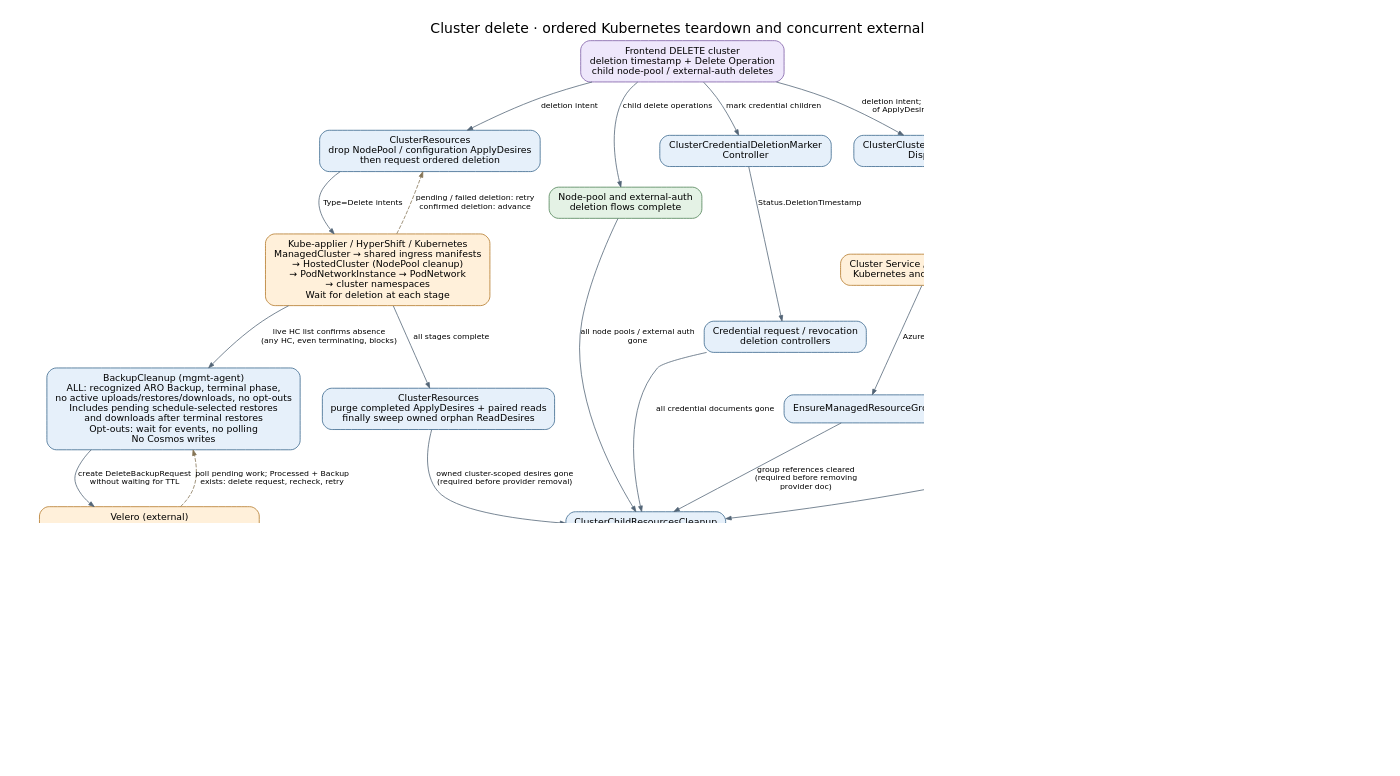
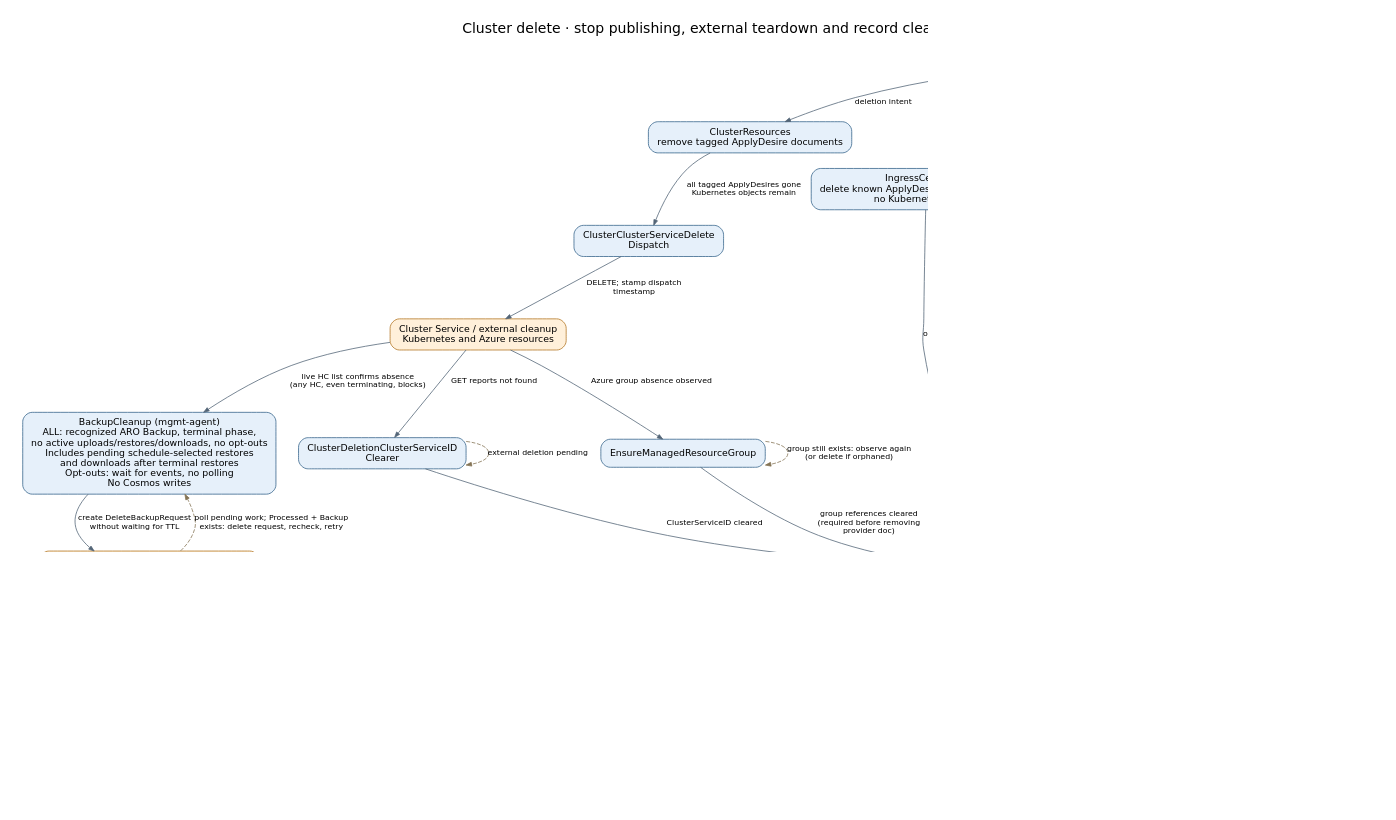
Before and after one commit to Azure/ARO-HCP: the diagram in docs/diagrams/controller-flows/cluster-delete.dot, drawn with Graphviz. The commit also changed 32 other files, not shown here.

Commit message:
feat(backend): reconcile ingress certificates and gate cluster lifecycle

```diff
--- a/docs/diagrams/controller-flows/cluster-delete.dot
+++ b/docs/diagrams/controller-flows/cluster-delete.dot
@@ -1,48 +1,49 @@
 digraph cluster_delete {
-  graph [rankdir=TB, bgcolor="white", pad="0.3", nodesep="0.4", ranksep="0.55", fontname="DejaVu Sans", fontsize=18, labelloc=t, label="Cluster delete · ordered Kubernetes teardown and concurrent external cleanup", dpi=110];
+  graph [rankdir=TB, bgcolor="white", pad="0.3", nodesep="0.4", ranksep="0.55", fontname="DejaVu Sans", fontsize=18, labelloc=t, label="Cluster delete · stop publishing, external teardown and record cleanup", dpi=110];
   node [shape=box, style="rounded,filled", fillcolor="#e6f0fa", color="#35648a", fontname="DejaVu Sans", fontsize=12, margin="0.16,0.10"];
   edge [color="#536577", fontname="DejaVu Sans", fontsize=10, arrowsize=0.7];
   delete [label="Frontend DELETE cluster\ndeletion timestamp + Delete Operation\nchild node-pool / external-auth deletes", fillcolor="#eee7fb", color="#7b59a4"];
-  resources [label="ClusterResources\ndrop NodePool / configuration ApplyDesires\nthen request ordered deletion", fillcolor="#e6f0fa", color="#35648a"];
-  ordered [label="Kube-applier / HyperShift / Kubernetes\nManagedCluster → shared ingress manifests\n→ HostedCluster (NodePool cleanup)\n→ PodNetworkInstance → PodNetwork\n→ cluster namespaces\nWait for deletion at each stage", fillcolor="#fff0da", color="#b27624"];
-  drained [label="ClusterResources\npurge completed ApplyDesires + paired reads\nfinally sweep owned orphan ReadDesires", fillcolor="#e6f0fa", color="#35648a"];
+  resources [label="ClusterResources\nremove tagged ApplyDesire documents", fillcolor="#e6f0fa", color="#35648a"];
+  ingress [label="IngressCertificate\ndelete known ApplyDesire/ReadDesire names\nno Kubernetes deletes", fillcolor="#e6f0fa", color="#35648a"];
   dispatch [label="ClusterClusterServiceDelete\nDispatch", fillcolor="#e6f0fa", color="#35648a"];
   cs [label="Cluster Service / external cleanup\nKubernetes and Azure resources", fillcolor="#fff0da", color="#b27624"];
   clear [label="ClusterDeletionClusterServiceID\nClearer", fillcolor="#e6f0fa", color="#35648a"];
   marker [label="ClusterCredentialDeletionMarker\nController", fillcolor="#e6f0fa", color="#35648a"];
   credentials [label="Credential request / revocation\ndeletion controllers", fillcolor="#e6f0fa", color="#35648a"];
   children [label="Node-pool and external-auth\ndeletion flows complete", fillcolor="#e4f2e5", color="#4c8053"];
   group [label="EnsureManagedResourceGroup", fillcolor="#e6f0fa", color="#35648a"];
+  certificates [label="TLSCertificates\nclear KAS + ingress references\nno Key Vault mutations", fillcolor="#e6f0fa", color="#35648a"];
   cleanup [label="ClusterChildResourcesCleanup\nController", fillcolor="#e6f0fa", color="#35648a"];
   final [label="ClusterDeletionController", fillcolor="#e6f0fa", color="#35648a"];
   op [label="OperationClusterDelete", fillcolor="#e6f0fa", color="#35648a"];
   done [label="ARM Delete Operation Succeeded", fillcolor="#e4f2e5", color="#4c8053"];
   backups [label="BackupCleanup (mgmt-agent)\nALL: recognized ARO Backup, terminal phase,\nno active uploads/restores/downloads, no opt-outs\nIncludes pending schedule-selected restores\nand downloads after terminal restores\nOpt-outs: wait for events, no polling\nNo Cosmos writes", fillcolor="#e6f0fa", color="#35648a"];
   velero [label="Velero (external)\nprocess DeleteBackupRequest\ndelete Backup and associated backup data", fillcolor="#fff0da", color="#b27624"];
   retained [label="Backup absent: stop reconciling\nBackupRepositories retained for Kopia maintenance\nNot proof of repository GC; not an ARM gate", fillcolor="#e4f2e5", color="#4c8053"];
   delete -> resources [label="deletion intent"];
-  resources -> ordered [label="Type=Delete intents"];
-  ordered -> resources [label="pending / failed deletion: retry\nconfirmed deletion: advance", style=dashed, color="#857456"];
-  ordered -> drained [label="all stages complete"];
-  drained -> cleanup [label="owned cluster-scoped desires gone\n(required before provider removal)"];
-  delete -> dispatch [label="deletion intent; independent\nof ApplyDesire cleanup"];
+  resources -> dispatch [label="all tagged ApplyDesires gone\nKubernetes objects remain"];
+  delete -> ingress [label="deletion intent"];
+  delete -> certificates [label="deletion intent"];
+  certificates -> cleanup [label="all certificate references empty"];
+  certificates -> final [label="live reference-clear gate"];
+  ingress -> cleanup [label="owned ApplyDesires removed"];
   dispatch -> cs [label="DELETE; stamp dispatch\ntimestamp"];
   cs -> clear [label="GET reports not found"];
-  ordered -> backups [label="live HC list confirms absence\n(any HC, even terminating, blocks)"];
+  cs -> backups [label="live HC list confirms absence\n(any HC, even terminating, blocks)"];
   backups -> velero [label="create DeleteBackupRequest\nwithout waiting for TTL"];
   velero -> backups [label="poll pending work; Processed + Backup\nexists: delete request, recheck, retry", style=dashed, color="#857456"];
   velero -> retained [label="live Backup GET: NotFound"];
   delete -> marker [label="mark credential children"];
   marker -> credentials [label="Status.DeletionTimestamp"];
   delete -> children [label="child delete operations"];
   cs -> group [label="Azure group absence observed"];
   clear -> cleanup [label="ClusterServiceID cleared"];
   credentials -> cleanup [label="all credential documents gone"];
   children -> cleanup [label="all node pools / external auth\ngone"];
   group -> cleanup [label="group references cleared\n(required before removing\nprovider doc)"];
   cleanup -> final [label="nested resources and intents\ngone"];
   final -> op [label="billing DeletionTime; cluster\ndoc deleted"];
   op -> done [label="document absence observed"];
   clear -> clear [label="external deletion pending", style=dashed, color="#857456", constraint=false];
   group -> group [label="group still exists: observe again\n(or delete if orphaned)", style=dashed, color="#857456", constraint=false];
 }
```
